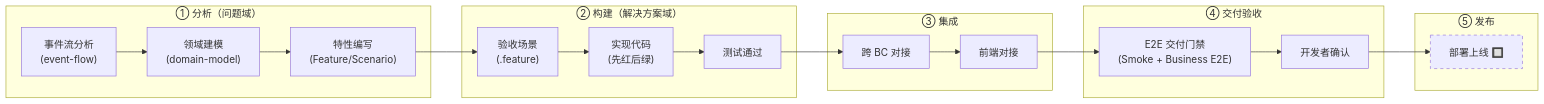
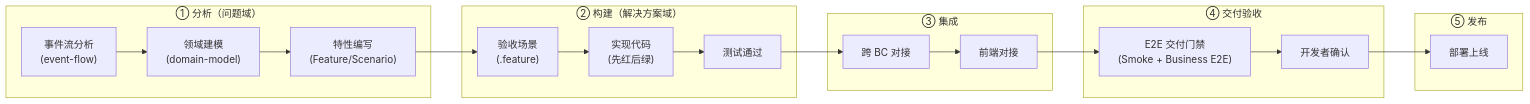
One commit to mianhe/HMall changed the first of 2 diagrams in .cursor/skills/README.md. Above: the diagram before and after it, drawn with Mermaid. The commit also changed other lines of this file and 4 other files, not shown here.

````diff
--- a/.cursor/skills/README.md
+++ b/.cursor/skills/README.md
@@ -36,39 +36,37 @@
 ```mermaid
 flowchart LR
     subgraph A["① 分析（问题域）"]
         A1["事件流分析<br/>(event-flow)"]
         A2["领域建模<br/>(domain-model)"]
         A3["特性编写<br/>(Feature/Scenario)"]
         A1 --> A2 --> A3
     end
 
     subgraph B["② 构建（解决方案域）"]
         B1["验收场景<br/>(.feature)"]
         B2["实现代码<br/>(先红后绿)"]
         B3["测试通过"]
         B1 --> B2 --> B3
     end
 
     subgraph C["③ 集成"]
         C1["跨 BC 对接"]
         C2["前端对接"]
         C1 --> C2
     end
 
     subgraph D["④ 交付验收"]
         D1["E2E 交付门禁<br/>(Smoke + Business E2E)"]
         D2["开发者确认"]
         D1 --> D2
     end
 
     subgraph E["⑤ 发布"]
-        E1["部署上线 🔲"]
+        E1["部署上线"]
     end
 
     A3 --> B1
     B3 --> C1
     C2 --> D1
     D2 --> E1
-
-    style E1 stroke-dasharray: 5 5
 ```
````
